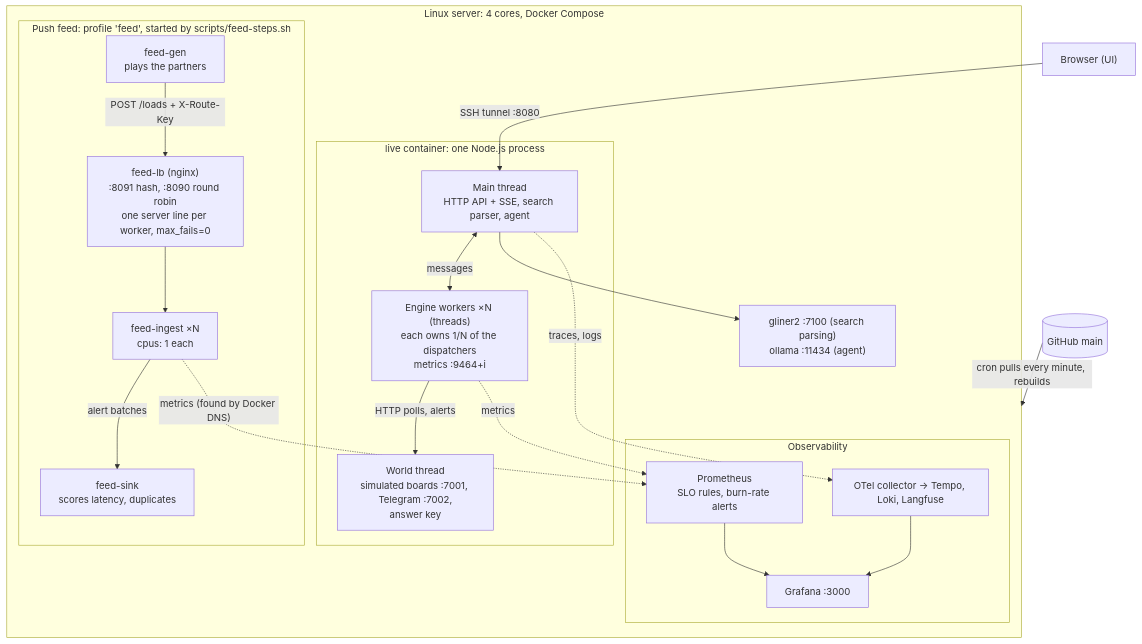
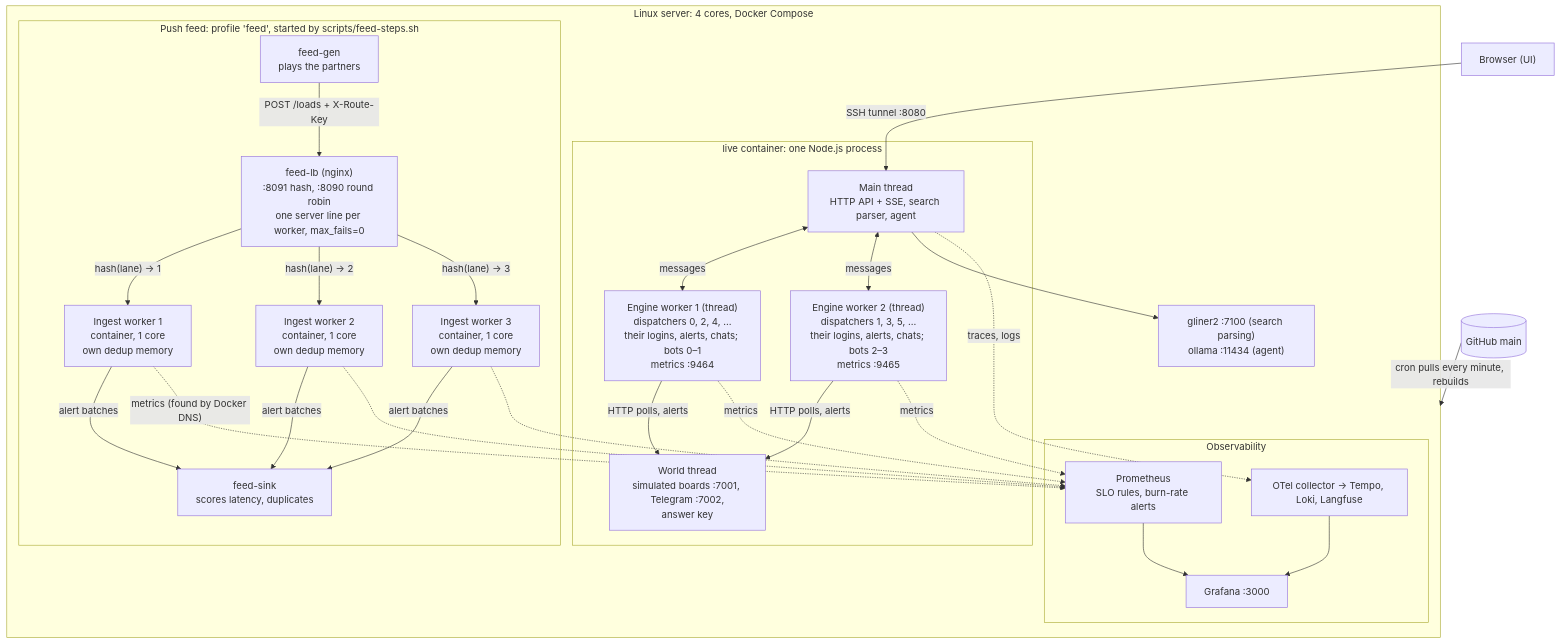
One commit to omardmv/load-radar changed the second of 2 diagrams in DESIGN.md. Above: the diagram before and after it, drawn with Mermaid. The commit also changed other lines of this file, not shown here.

Commit message:
docs: architecture diagram draws each worker (engine workers 1-2, ingest workers 1-3) instead of xN

````diff
--- a/DESIGN.md
+++ b/DESIGN.md
@@ -110,32 +110,42 @@
 ```mermaid
 flowchart TB
   BROWSER["Browser (UI)"] -->|SSH tunnel :8080| MAIN
   GH[(GitHub main)] -->|cron pulls every minute, rebuilds| SERVER
 
   subgraph SERVER["Linux server: 4 cores, Docker Compose"]
     subgraph LIVE["live container: one Node.js process"]
       MAIN["Main thread<br/>HTTP API + SSE, search parser, agent"]
-      EW["Engine workers ×N (threads)<br/>each owns 1/N of the dispatchers<br/>metrics :9464+i"]
+      EW1["Engine worker 1 (thread)<br/>dispatchers 0, 2, 4, …<br/>their logins, alerts, chats; bots 0–1<br/>metrics :9464"]
+      EW2["Engine worker 2 (thread)<br/>dispatchers 1, 3, 5, …<br/>their logins, alerts, chats; bots 2–3<br/>metrics :9465"]
       WORLD["World thread<br/>simulated boards :7001, Telegram :7002,<br/>answer key"]
-      MAIN <-->|messages| EW
-      EW -->|HTTP polls, alerts| WORLD
+      MAIN <-->|messages| EW1
+      MAIN <-->|messages| EW2
+      EW1 -->|HTTP polls, alerts| WORLD
+      EW2 -->|HTTP polls, alerts| WORLD
     end
     subgraph FEED["Push feed: profile 'feed', started by scripts/feed-steps.sh"]
       GEN["feed-gen<br/>plays the partners"] -->|"POST /loads + X-Route-Key"| LB["feed-lb (nginx)<br/>:8091 hash, :8090 round robin<br/>one server line per worker, max_fails=0"]
-      LB --> ING["feed-ingest ×N<br/>cpus: 1 each"]
-      ING -->|alert batches| SINK["feed-sink<br/>scores latency, duplicates"]
+      LB -->|"hash(lane) → 1"| ING1["Ingest worker 1<br/>container, 1 core<br/>own dedup memory"]
+      LB -->|"hash(lane) → 2"| ING2["Ingest worker 2<br/>container, 1 core<br/>own dedup memory"]
+      LB -->|"hash(lane) → 3"| ING3["Ingest worker 3<br/>container, 1 core<br/>own dedup memory"]
+      ING1 -->|alert batches| SINK["feed-sink<br/>scores latency, duplicates"]
+      ING2 -->|alert batches| SINK
+      ING3 -->|alert batches| SINK
     end
     MODELS["gliner2 :7100 (search parsing)<br/>ollama :11434 (agent)"]
     subgraph OBS["Observability"]
       PROM["Prometheus<br/>SLO rules, burn-rate alerts"]
       OTEL["OTel collector → Tempo, Loki, Langfuse"]
       GRAF["Grafana :3000"]
     end
     MAIN --> MODELS
-    EW -. metrics .-> PROM
-    ING -. "metrics (found by Docker DNS)" .-> PROM
+    EW1 -. metrics .-> PROM
+    EW2 -. metrics .-> PROM
+    ING1 -. "metrics (found by Docker DNS)" .-> PROM
+    ING2 -.-> PROM
+    ING3 -.-> PROM
     MAIN -. traces, logs .-> OTEL
     PROM --> GRAF
     OTEL --> GRAF
   end
 ```
````
